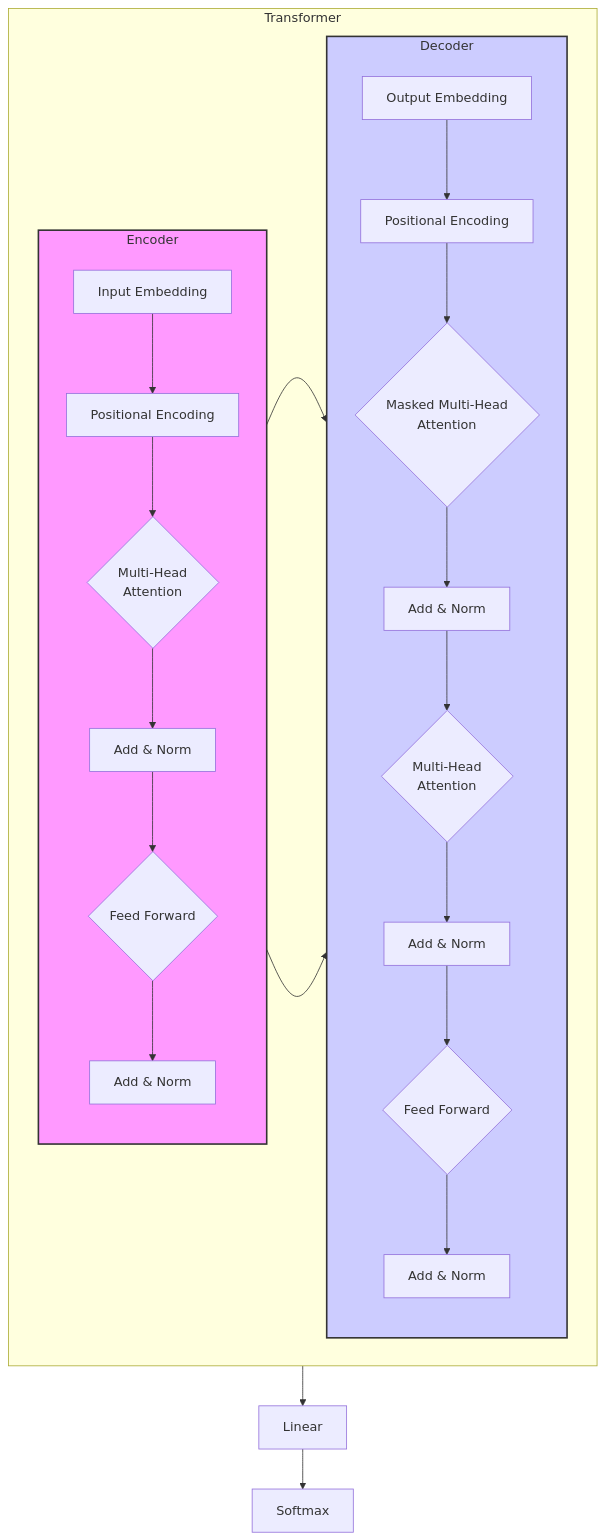
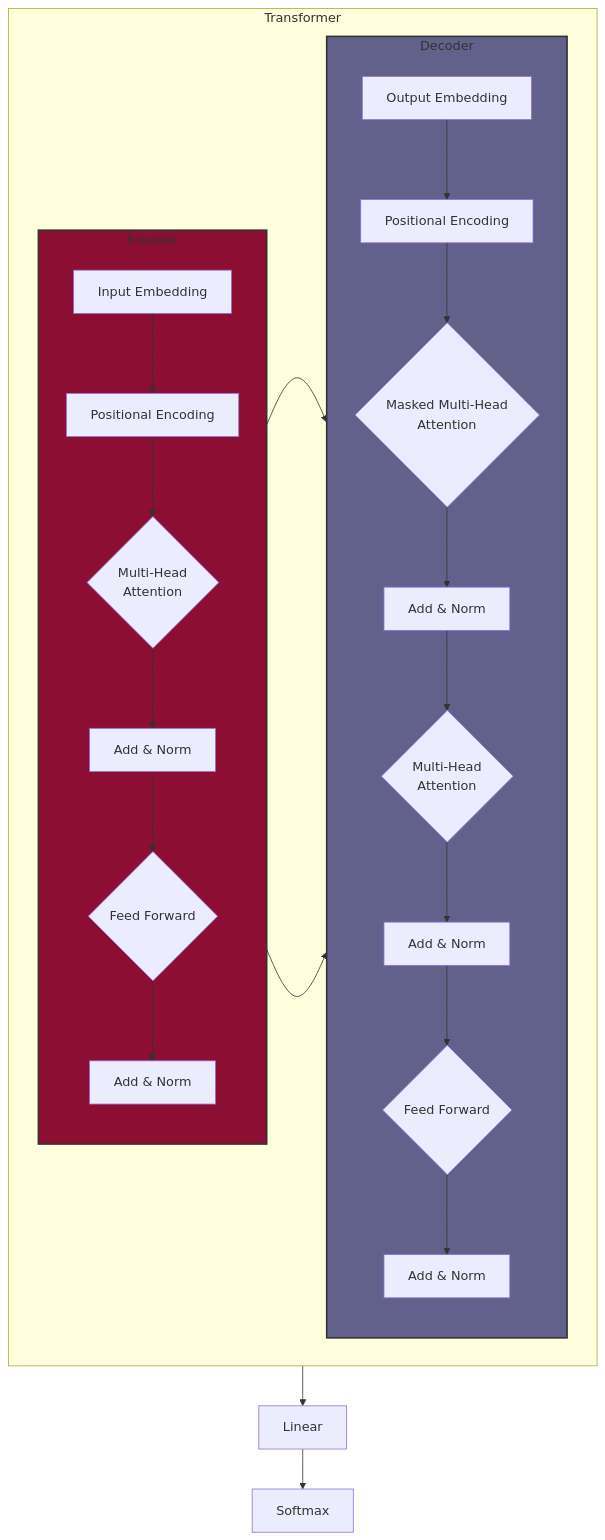
One commit to arJ-V/Attention-is-all-you-need changed the diagram in README.md. Above: the diagram before and after it, drawn with Mermaid.

````diff
--- a/README.md
+++ b/README.md
@@ -15,31 +15,31 @@
 ```mermaid
 graph TD
     subgraph Transformer
         direction LR
         subgraph Encoder
             direction TB
             A[Input Embedding] --> B[Positional Encoding]
             B --> C{Multi-Head<br>Attention}
             C --> D[Add & Norm]
             D --> E{Feed Forward}
             E --> F[Add & Norm]
         end
         subgraph Decoder
             direction TB
             G[Output Embedding] --> H[Positional Encoding]
             H --> I{Masked Multi-Head<br>Attention}
             I --> J[Add & Norm]
             J --> K{Multi-Head<br>Attention}
             K --> L[Add & Norm]
             L --> M{Feed Forward}
             M --> N[Add & Norm]
         end
         Encoder --> K
         F --> K
     end
     N --> O[Linear]
     O --> P[Softmax]
 
-    style Encoder fill:#f9f,stroke:#333,stroke-width:2px
-    style Decoder fill:#ccf,stroke:#333,stroke-width:2px
+    style Encoder fill:#8c0f33,stroke:#333,stroke-width:2px
+    style Decoder fill:#61618c,stroke:#333,stroke-width:2px
 ```
````
